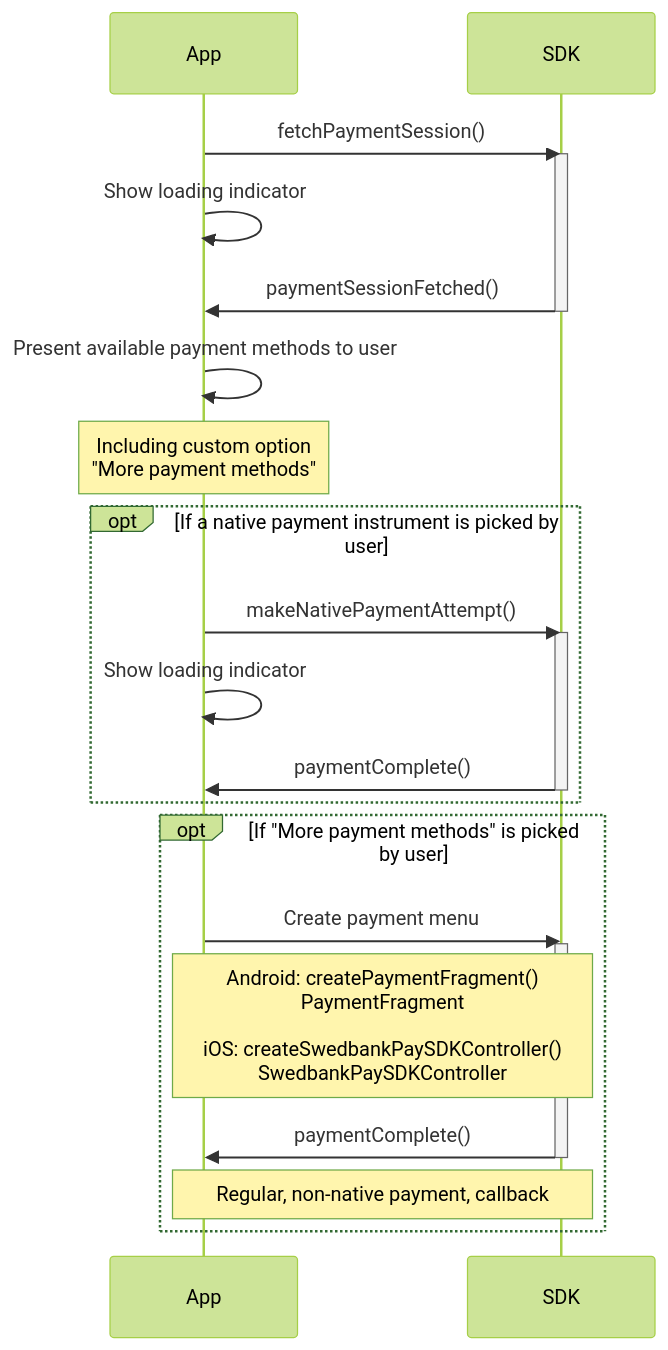
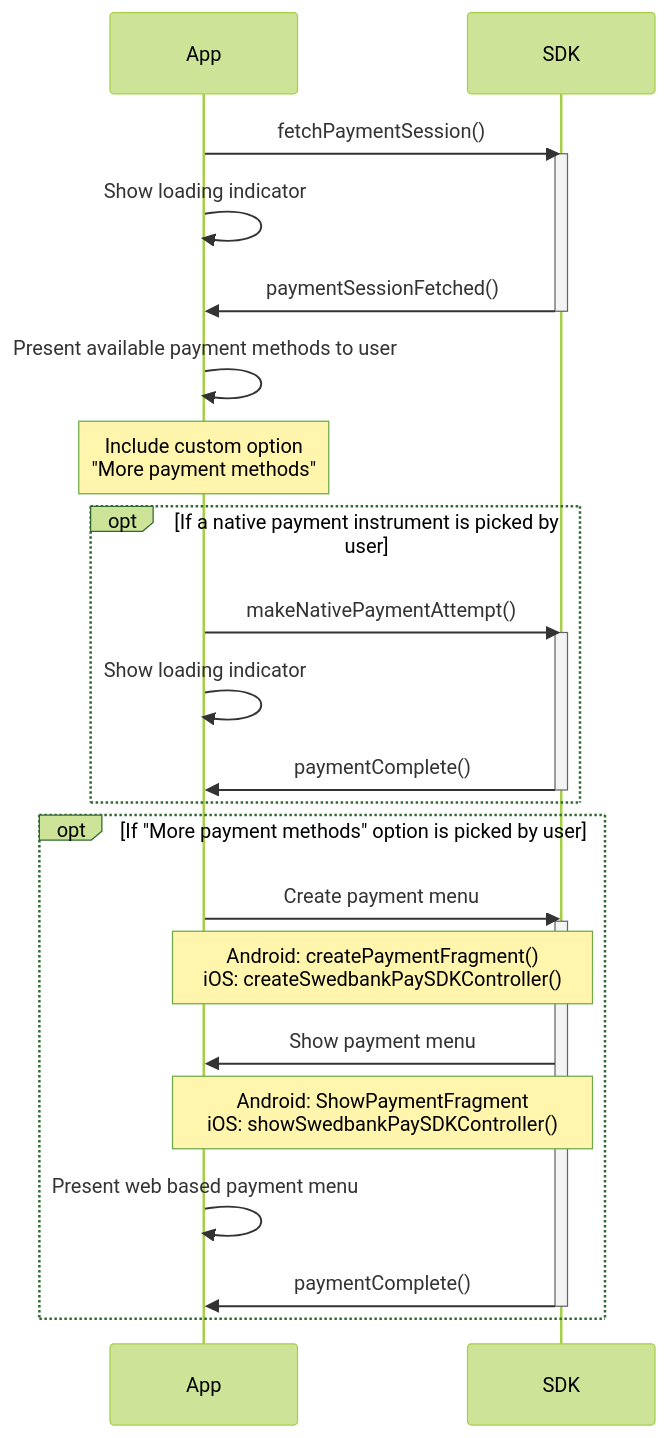
The third of 4 diagrams in checkout-v3/modules-sdks/mobile-sdk/native-payments.md (SwedbankPay/developer.swedbankpay.com), drawn with Mermaid (forest theme) before and after one commit. The commit also changed other lines of this file, not shown here.

Commit message:
- Adding further instruction for Apple Pay and Google Pay - Smaller corrections

````diff
--- a/checkout-v3/modules-sdks/mobile-sdk/native-payments.md
+++ b/checkout-v3/modules-sdks/mobile-sdk/native-payments.md
@@ -910,28 +927,30 @@
 ```mermaid
 sequenceDiagram
     participant App
     participant SDK
 
     App ->> SDK: fetchPaymentSession()
     activate SDK
     App ->> App: Show loading indicator
     SDK ->> App: paymentSessionFetched()
     deactivate SDK
     App ->> App: Present available payment methods to user
-    note over App: Including custom option<br/>"More payment methods"
+    note over App: Include custom option<br/>"More payment methods"
     opt If a native payment instrument is picked by user
         App ->> SDK: makeNativePaymentAttempt()
         activate SDK
         App ->> App: Show loading indicator
         SDK ->> App: paymentComplete()
         deactivate SDK
     end
-    opt If "More payment methods" is picked by user
+    opt If "More payment methods" option is picked by user
         App ->> SDK: Create payment menu
         activate SDK
-        note over App, SDK: Android: createPaymentFragment()<br/>PaymentFragment<br/><br/>iOS: createSwedbankPaySDKController()<br/>SwedbankPaySDKController
+        note over App, SDK: Android: createPaymentFragment()<br/>iOS: createSwedbankPaySDKController()
+        SDK ->> App: Show payment menu
+        note over App, SDK: Android: ShowPaymentFragment<br/>iOS: showSwedbankPaySDKController()
+        App ->> App: Present web based payment menu
         SDK ->> App: paymentComplete()
         deactivate SDK
-        note over App, SDK: Regular, non-native payment, callback
     end
 ```
````
